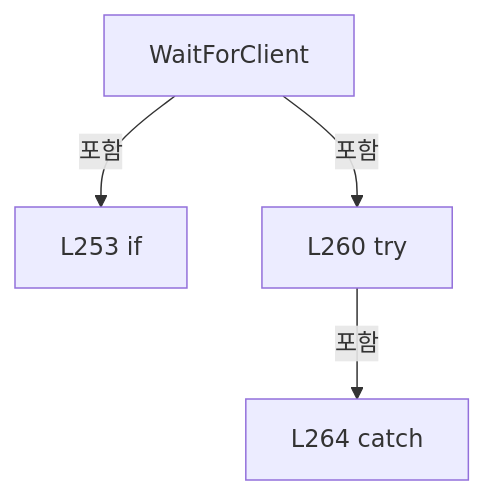
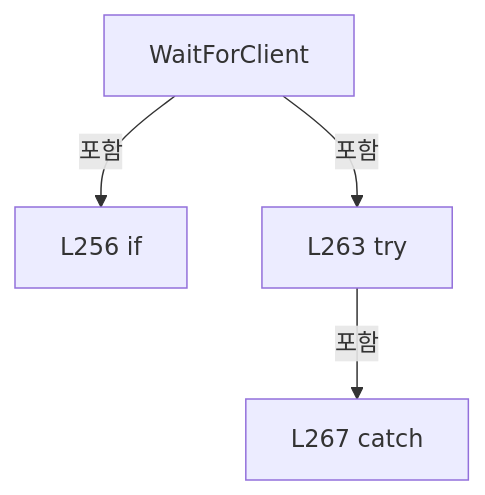
The seventh of 40 diagrams in A3 LD Code Ref/files/Drilling.Common/Interface/Vision/CVisionComm.cs.md (kjuws10-rgb/Shared), drawn with Mermaid before and after one commit. The commit also changed other lines of this file and 2071 other files, not shown here.

Commit message:
docs(a3): update 11.19.0 architecture and code reference

````diff
--- a/A3 LD Code Ref/files/Drilling.Common/Interface/Vision/CVisionComm.cs.md
+++ b/A3 LD Code Ref/files/Drilling.Common/Interface/Vision/CVisionComm.cs.md
@@ -1177,10 +1177,10 @@
 ```mermaid
 flowchart TD
  M["WaitForClient"]
- N0["L253 if"]
+ N0["L256 if"]
  M -->|포함| N0
- N1["L260 try"]
+ N1["L263 try"]
  M -->|포함| N1
- N2["L264 catch"]
+ N2["L267 catch"]
  N1 -->|포함| N2
 ```
````
